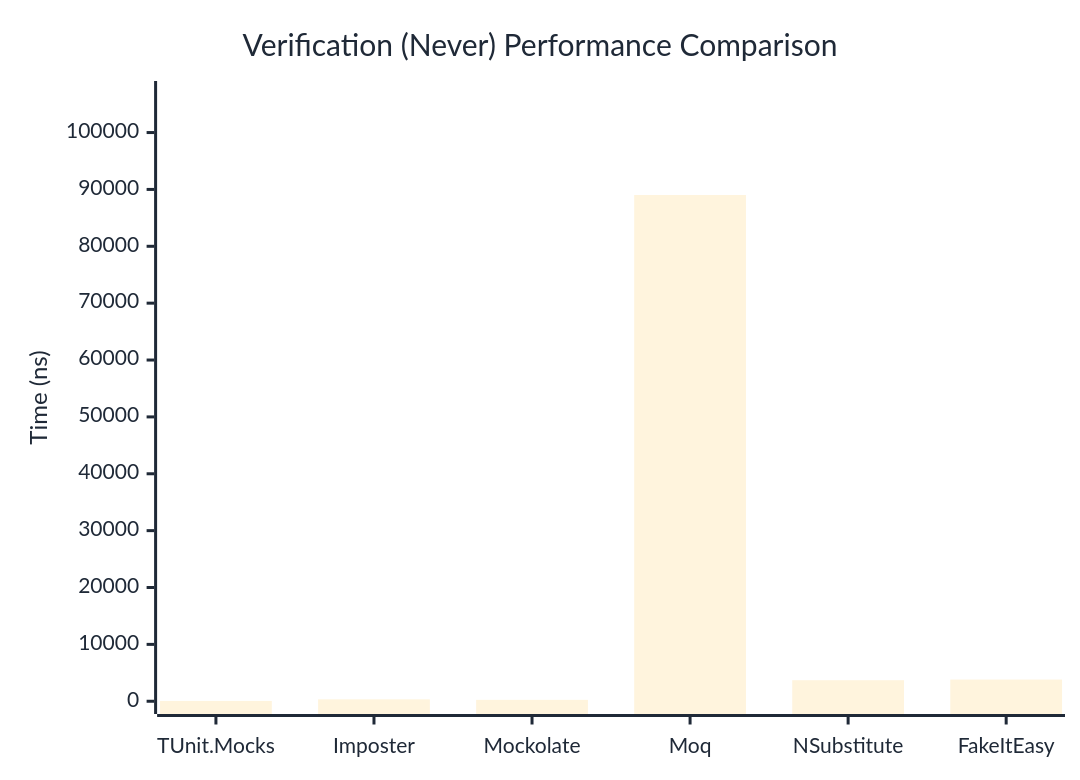
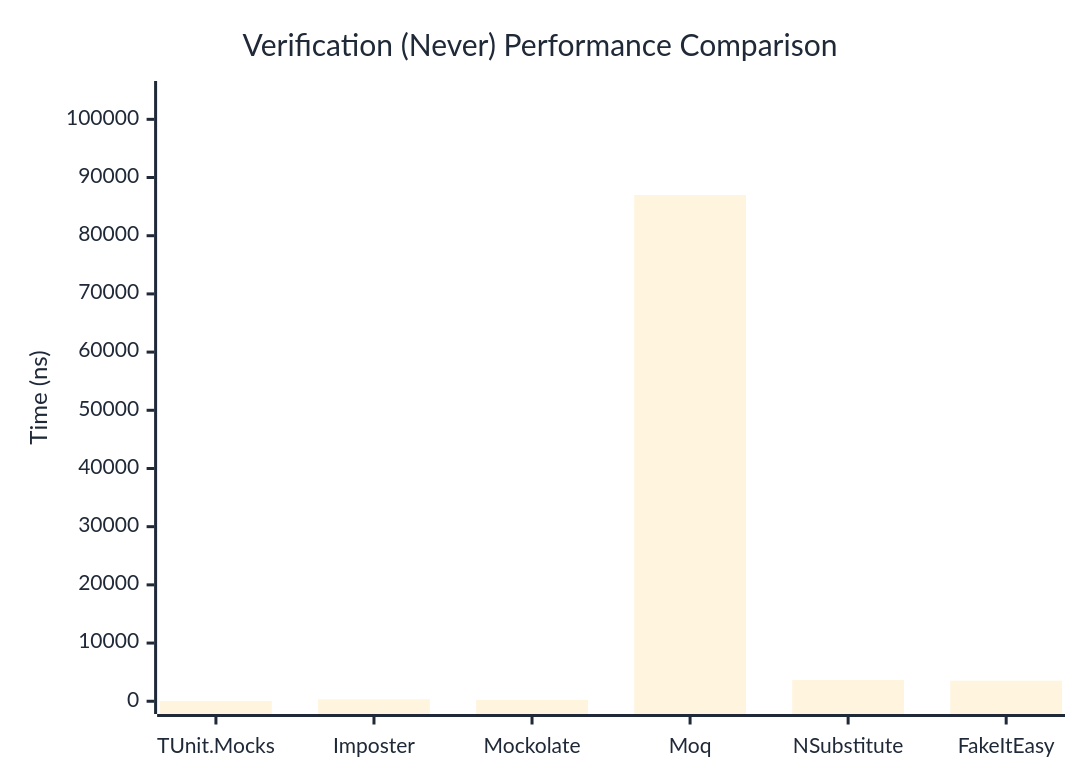
The second of 3 diagrams in docs/docs/benchmarks/mocks/Verification.md (thomhurst/TUnit), drawn with Mermaid before and after one commit. The commit also changed other lines of this file and 14 other files, not shown here.

````diff
--- a/docs/docs/benchmarks/mocks/Verification.md
+++ b/docs/docs/benchmarks/mocks/Verification.md
@@ -71,27 +71,27 @@
 ```mermaid
 %%{init: {
   'theme':'base',
   'themeVariables': {
     'primaryColor': '#2563eb',
     'primaryTextColor': '#1f2937',
     'primaryBorderColor': '#1e40af',
     'lineColor': '#6b7280',
     'secondaryColor': '#7c3aed',
     'tertiaryColor': '#dc2626',
     'background': '#ffffff',
     'pie1': '#2563eb',
     'pie2': '#7c3aed',
     'pie3': '#dc2626',
     'pie4': '#f59e0b',
     'pie5': '#10b981',
     'pie6': '#06b6d4',
     'pie7': '#ec4899',
     'pie8': '#6366f1'
   }
 }}%%
 xychart-beta
   title "Verification (Never) Performance Comparison"
   x-axis ["TUnit.Mocks", "Imposter", "Mockolate", "Moq", "NSubstitute", "FakeItEasy"]
-  y-axis "Time (ns)" 0 --> 106823
-  bar [54.35, 335.76, 244.76, 89018.53, 3700.21, 3813.02]
+  y-axis "Time (ns)" 0 --> 104396
+  bar [51.93, 322.24, 239.04, 86996.03, 3659.54, 3529.53]
 ```
````
